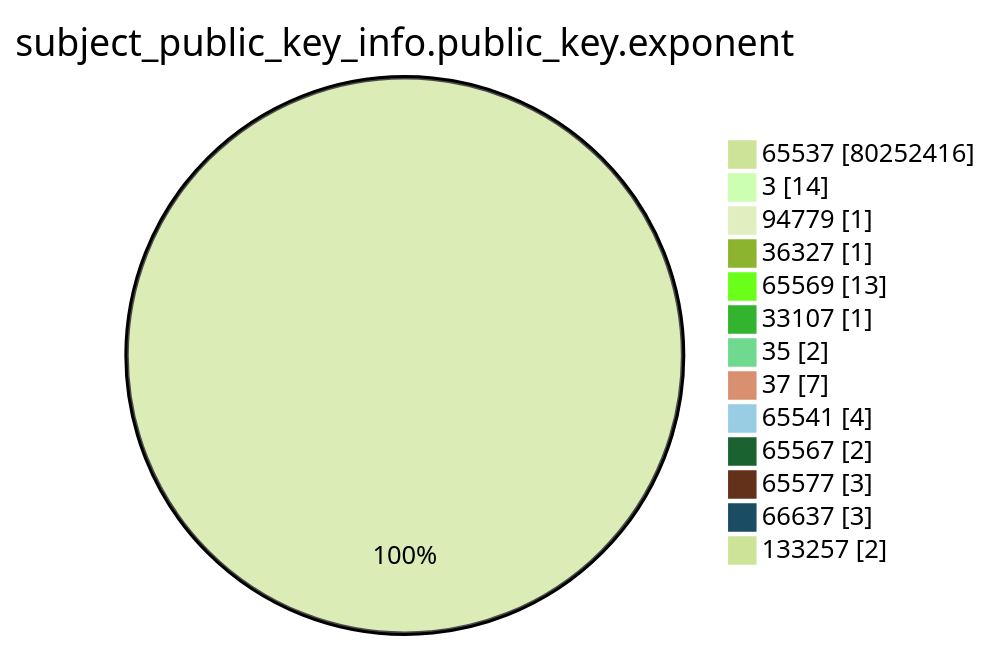
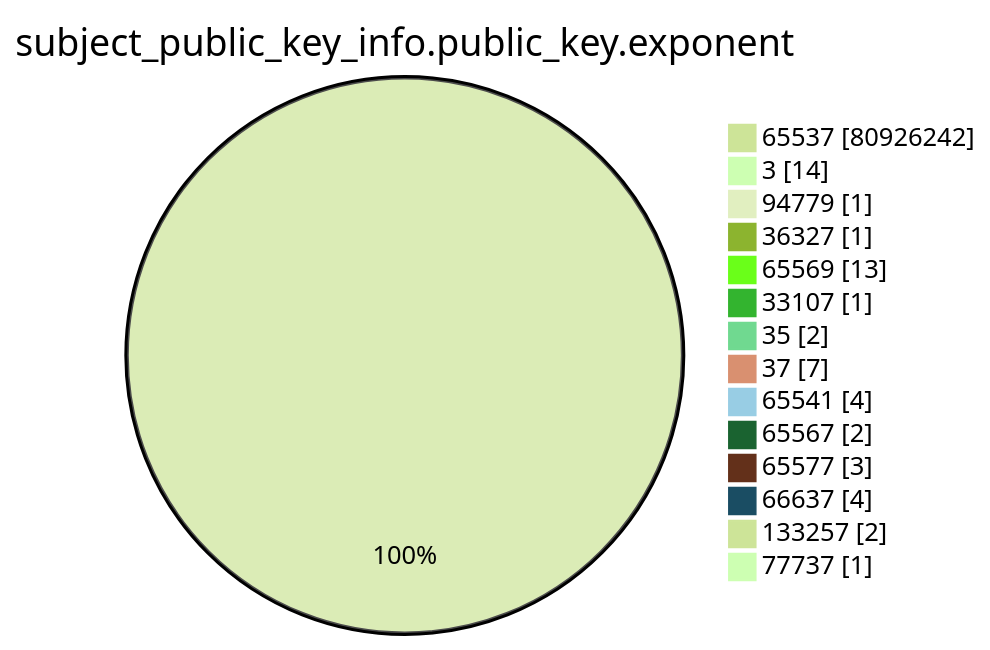
The fourth of 15 diagrams in argon2023/README.md (christiankrug/ctmonitor_visualization), drawn with Mermaid (forest theme) before and after one commit. The commit also changed other lines of this file, not shown here.

````diff
--- a/argon2023/README.md
+++ b/argon2023/README.md
@@ -1241,17 +1241,18 @@
 ```mermaid
 pie showData
 title subject_public_key_info.public_key.exponent
-"65537" :80252416
+"65537" :80926242
 "3" :14
 "94779" :1
 "36327" :1
 "65569" :13
 "33107" :1
 "35" :2
 "37" :7
 "65541" :4
 "65567" :2
 "65577" :3
-"66637" :3
+"66637" :4
 "133257" :2
+"77737" :1
 ```
````
